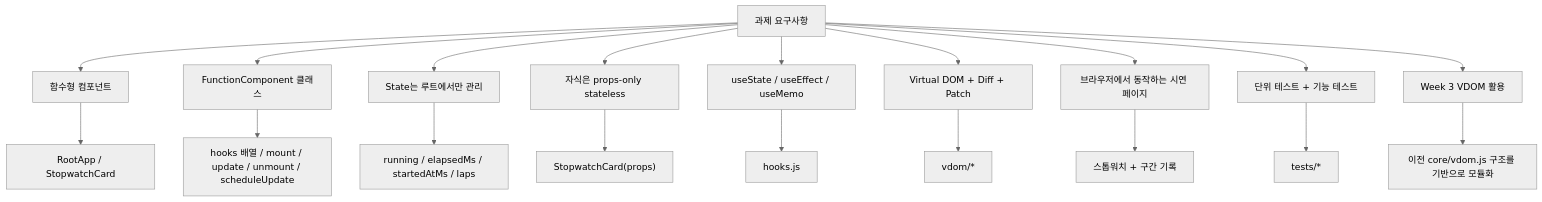
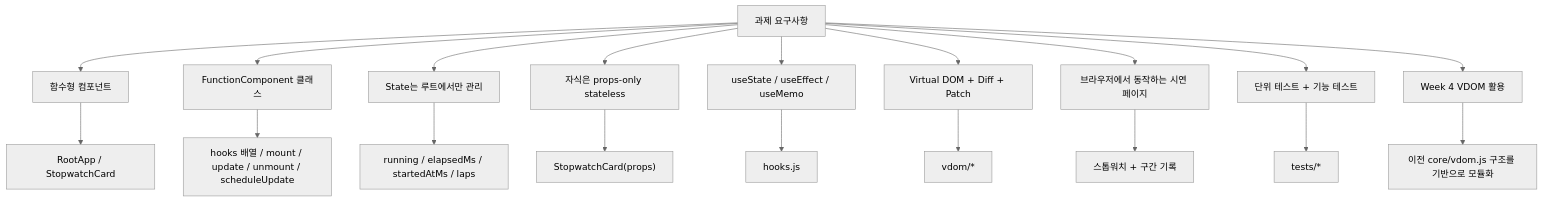
One commit to Jungle-12-303/week5-team3-react2 changed the second of 7 diagrams in docs/REQUIREMENTS_IMPLEMENTATION_MAP.md. Above: the diagram before and after it, drawn with Mermaid (neutral theme). The commit also changed other lines of this file and 3 other files, not shown here.

````diff
--- a/docs/REQUIREMENTS_IMPLEMENTATION_MAP.md
+++ b/docs/REQUIREMENTS_IMPLEMENTATION_MAP.md
@@ -19,22 +19,22 @@
 ```mermaid
 flowchart TD
     A["과제 요구사항"] --> B["함수형 컴포넌트"]
     A --> C["FunctionComponent 클래스"]
     A --> D["State는 루트에서만 관리"]
     A --> E["자식은 props-only stateless"]
     A --> F["useState / useEffect / useMemo"]
     A --> G["Virtual DOM + Diff + Patch"]
     A --> H["브라우저에서 동작하는 시연 페이지"]
     A --> I["단위 테스트 + 기능 테스트"]
-    A --> J["Week 3 VDOM 활용"]
+    A --> J["Week 4 VDOM 활용"]
 
     B --> B1["RootApp / StopwatchCard"]
     C --> C1["hooks 배열 / mount / update / unmount / scheduleUpdate"]
     D --> D1["running / elapsedMs / startedAtMs / laps"]
     E --> E1["StopwatchCard(props)"]
     F --> F1["hooks.js"]
     G --> G1["vdom/*"]
     H --> H1["스톱워치 + 구간 기록"]
     I --> I1["tests/*"]
     J --> J1["이전 core/vdom.js 구조를 기반으로 모듈화"]
 ```
````
